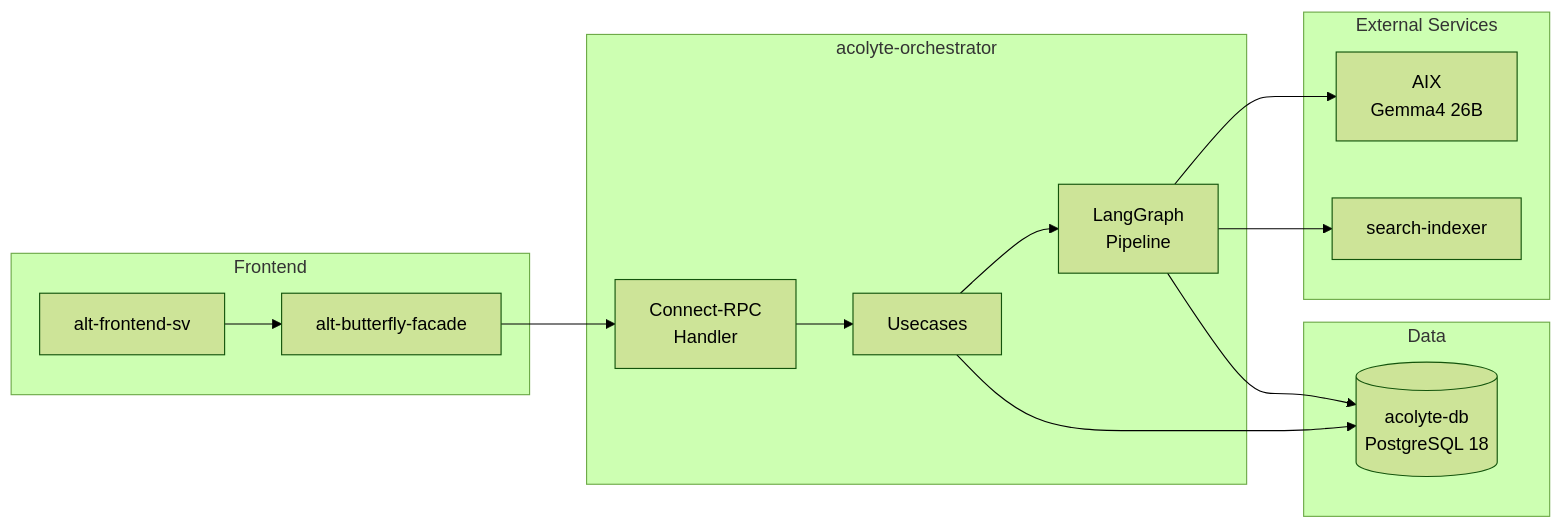
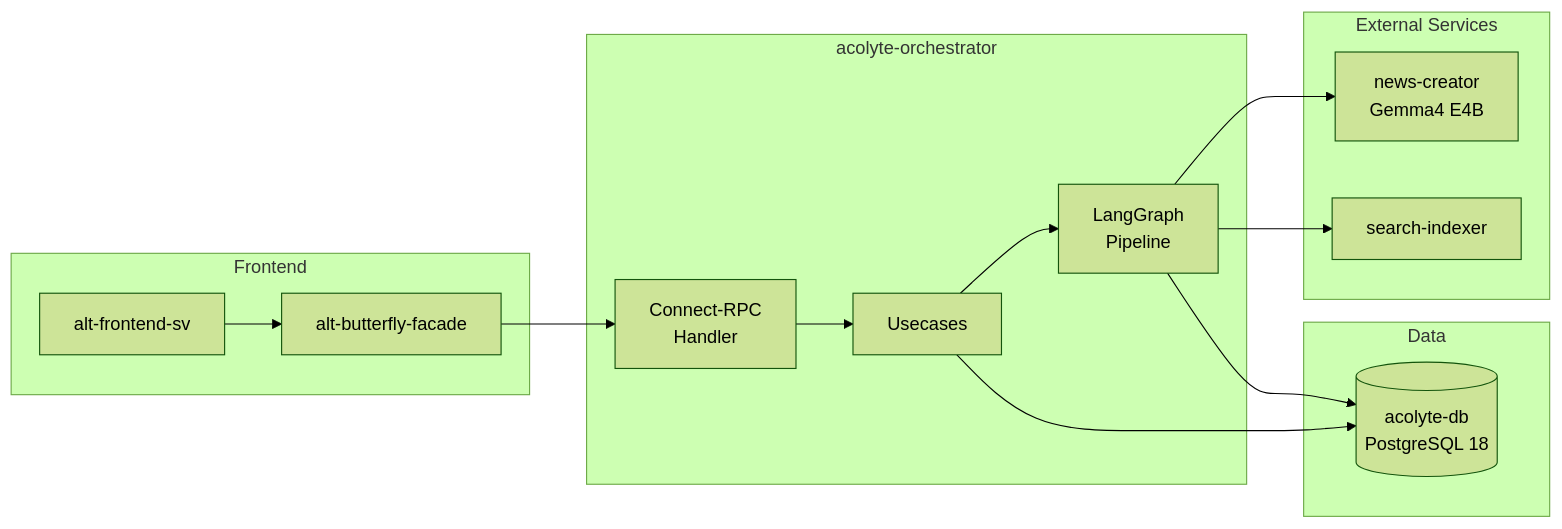
The diagram in docs/features/acolyte/README.md (Kaikei-e/Alt), drawn with Mermaid (forest theme) before and after one commit. The commit also changed other lines of this file and 1 other file, not shown here.

Commit message:
refactor(acolyte): update architecture documentation to reflect model transition from AIX to news-creator
Revised the architecture documentation to replace references to the AIX model (Gemma4 26B) with the news-creator model (Gemma4 E4B). Updated descriptions in both architecture.md and README.md to clarify the local model usage and its implications for report generation. This change ensures accurate representation of the current system architecture and model configurations.

````diff
--- a/docs/features/acolyte/README.md
+++ b/docs/features/acolyte/README.md
@@ -16,29 +16,29 @@
 ```mermaid
 graph LR
   subgraph "Frontend"
     FE["alt-frontend-sv"]
     BFF["alt-butterfly-facade"]
   end
 
   subgraph "acolyte-orchestrator"
     API["Connect-RPC<br/>Handler"]
     UC["Usecases"]
     PIPE["LangGraph<br/>Pipeline"]
   end
 
   subgraph "External Services"
-    AIX["AIX<br/>Gemma4 26B"]
+    NC["news-creator<br/>Gemma4 E4B"]
     SI["search-indexer"]
   end
 
   subgraph "Data"
     DB[("acolyte-db<br/>PostgreSQL 18")]
   end
 
   FE --> BFF --> API
   API --> UC --> PIPE
-  PIPE --> AIX
+  PIPE --> NC
   PIPE --> SI
   PIPE --> DB
   UC --> DB
 ```
````
